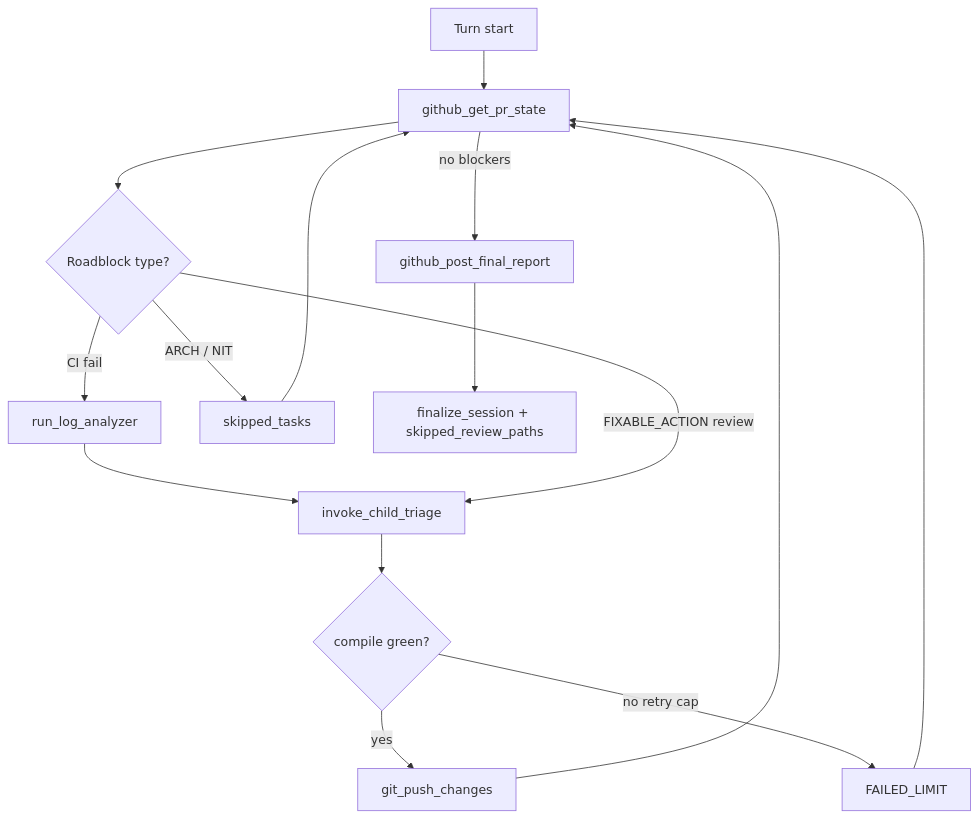
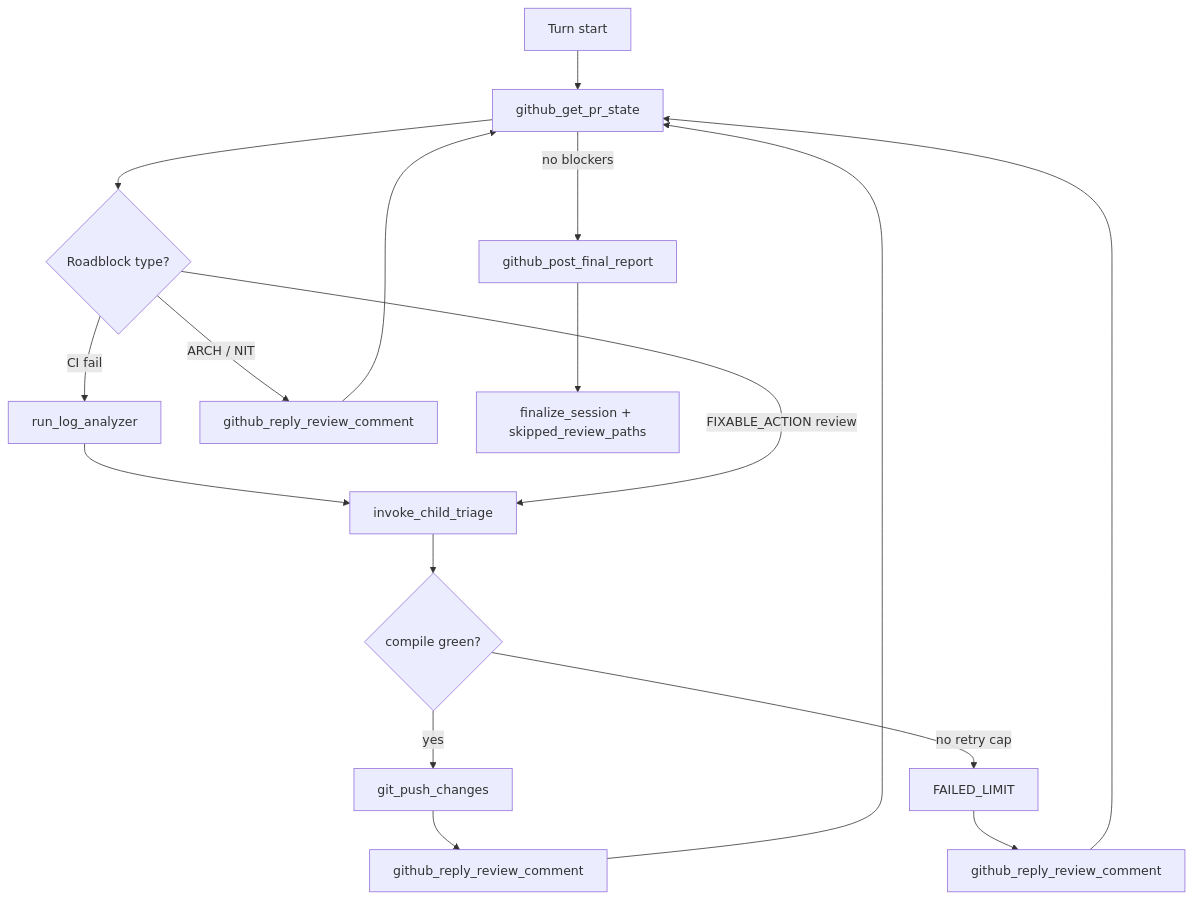
Before and after one commit to andrzejwitkowski/mcp-adjutant: the diagram in .cursor/skills/adjutant-babysitter/SKILL.md, drawn with Mermaid. The commit also changed other lines of this file and 6 other files, not shown here.

````diff
--- a/.cursor/skills/adjutant-babysitter/SKILL.md
+++ b/.cursor/skills/adjutant-babysitter/SKILL.md
@@ -82,17 +83,19 @@
 ```mermaid
 flowchart TD
   start[Turn start] --> getState[github_get_pr_state]
   getState --> classify{Roadblock type?}
   classify -->|CI fail| logAnalyze[run_log_analyzer]
   logAnalyze --> triageFix[invoke_child_triage]
   classify -->|FIXABLE_ACTION review| triageFix
-  classify -->|ARCH / NIT| skip[skipped_tasks]
+  classify -->|ARCH / NIT| replySkip[github_reply_review_comment]
   triageFix --> localGreen{compile green?}
   localGreen -->|yes| push[git_push_changes]
   localGreen -->|no retry cap| failedLimit[FAILED_LIMIT]
-  push --> getState
-  skip --> getState
-  failedLimit --> getState
+  push --> replyFixed[github_reply_review_comment]
+  replyFixed --> getState
+  replySkip --> getState
+  failedLimit --> replyFailed[github_reply_review_comment]
+  replyFailed --> getState
   getState -->|no blockers| report[github_post_final_report]
   report --> finalize[finalize_session + skipped_review_paths]
 ```
````
